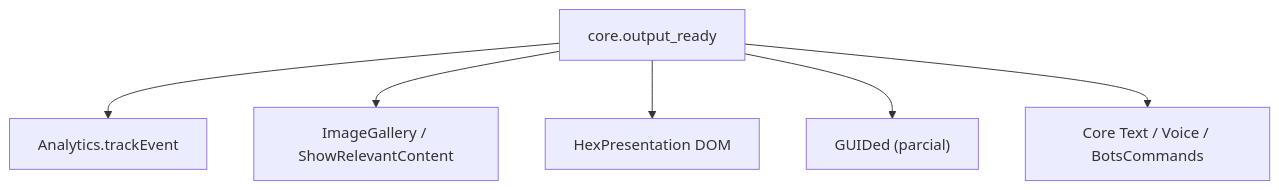
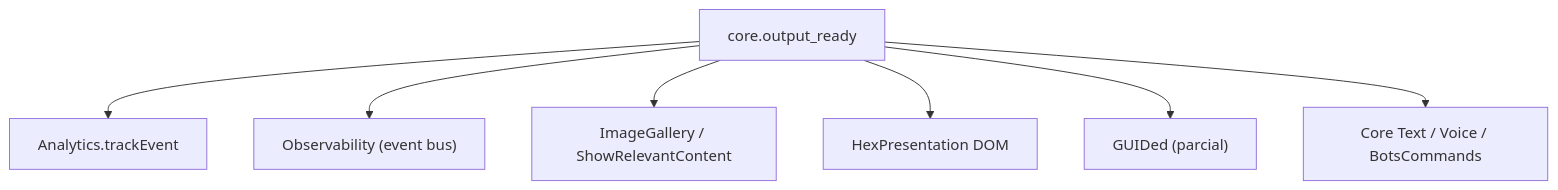
Before and after one commit to alexlana/handsforbots: the fourth of 8 diagrams in docs-dev/03-plugins.md, drawn with Mermaid. The commit also changed other lines of this file and 31 other files, not shown here.

First line of the commit message:
feat: add Semantic Event Observability lib and plugin

````diff
--- a/docs-dev/03-plugins.md
+++ b/docs-dev/03-plugins.md
@@ -80,8 +80,9 @@
 ```mermaid
 flowchart TB
   EE["core.output_ready"] --> A["Analytics.trackEvent"]
+  EE --> OBS["Observability (event bus)"]
   EE --> B["ImageGallery / ShowRelevantContent"]
   EE --> C["HexPresentation DOM"]
   EE --> D["GUIDed (parcial)"]
   EE --> E["Core Text / Voice / BotsCommands"]
 ```
````
